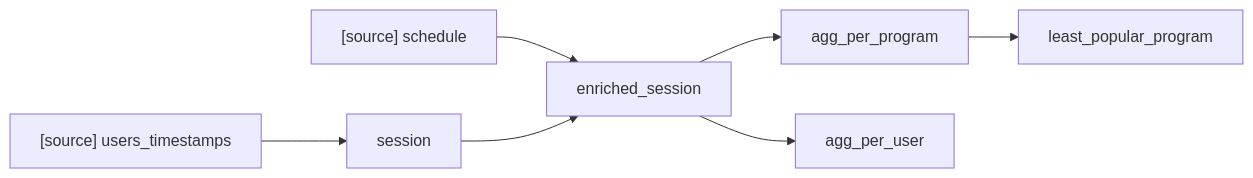
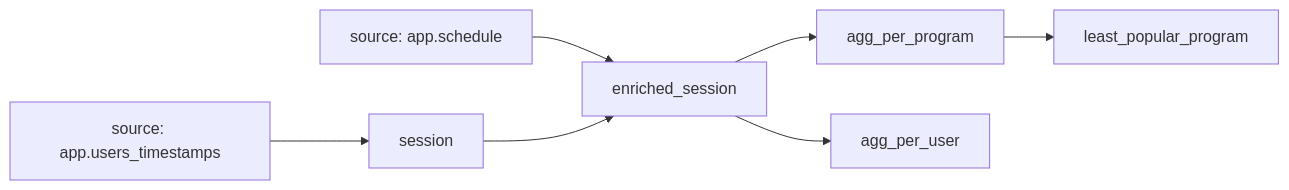
Before and after one commit to datamindedacademy/academy_dbt: the diagram in exercises/dbt/06_running_specific_models/README.md, drawn with Mermaid. The commit also changed other lines of this file and 19 other files, not shown here.

````diff
--- a/exercises/dbt/06_running_specific_models/README.md
+++ b/exercises/dbt/06_running_specific_models/README.md
@@ -54,9 +5,9 @@
 ```mermaid
 graph LR
-    UT["[source] users_timestamps"] --> S[session]
-    SCH["[source] schedule"] --> ES[enriched_session]
+    UT["source: app.users_timestamps"] --> S[session]
+    SCH["source: app.schedule"] --> ES[enriched_session]
     S --> ES
     ES --> APP[agg_per_program]
     ES --> APU[agg_per_user]
     APP --> LPP[least_popular_program]
 ```
````
